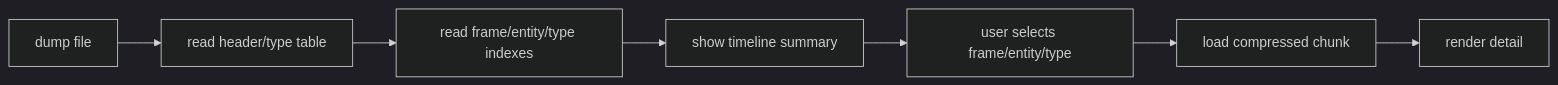
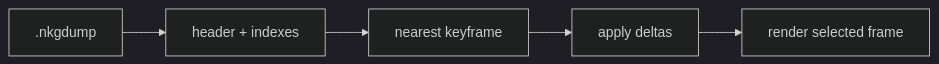
One commit to wqaetly/NKGGameFramework changed the third of 3 diagrams in docs/debug-and-dump.md. Above: the diagram before and after it, drawn with Mermaid (dark theme). The commit also changed other lines of this file and 1 other file, not shown here.

````diff
--- a/docs/debug-and-dump.md
+++ b/docs/debug-and-dump.md
@@ -424,9 +93,7 @@
 ```mermaid
 flowchart LR
-    File["dump file"] --> Header["read header/type table"]
-    Header --> Index["read frame/entity/type indexes"]
-    Index --> Timeline["show timeline summary"]
-    Timeline --> Detail["user selects frame/entity/type"]
-    Detail --> Chunk["load compressed chunk"]
-    Chunk --> View["render detail"]
+    File[".nkgdump"] --> Header["header + indexes"]
+    Header --> Keyframe["nearest keyframe"]
+    Keyframe --> Delta["apply deltas"]
+    Delta --> View["render selected frame"]
 ```
````
